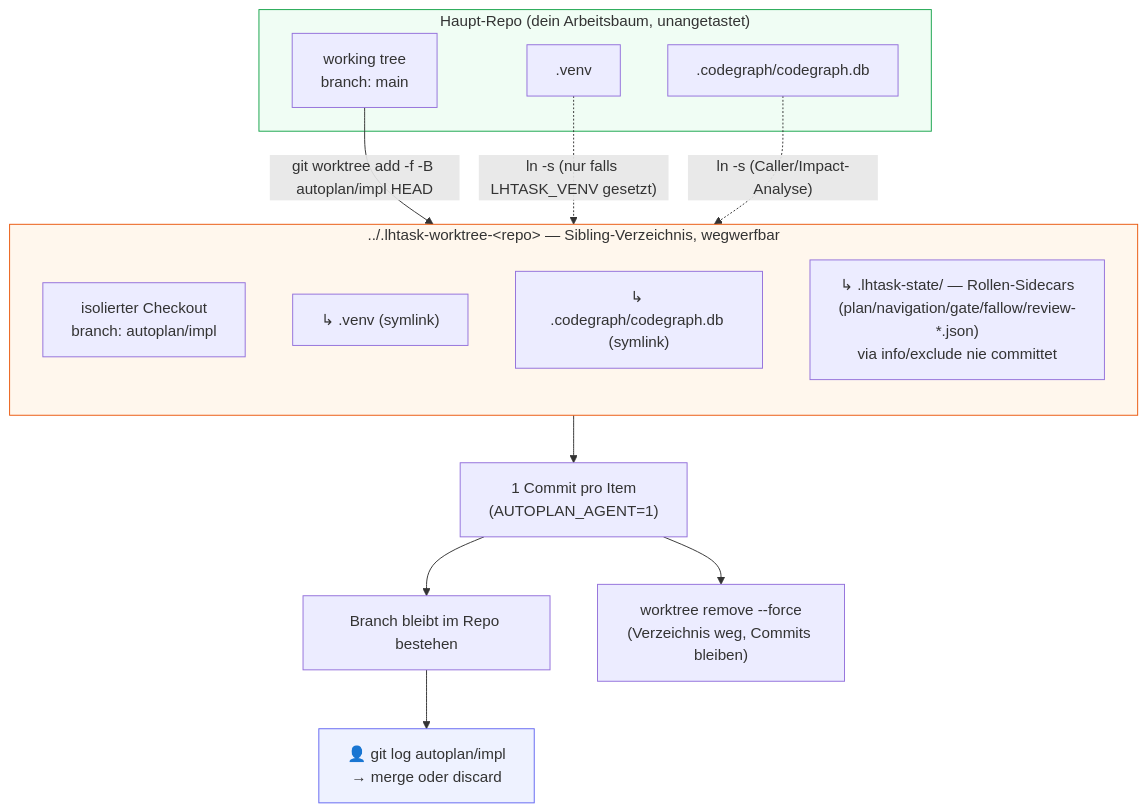
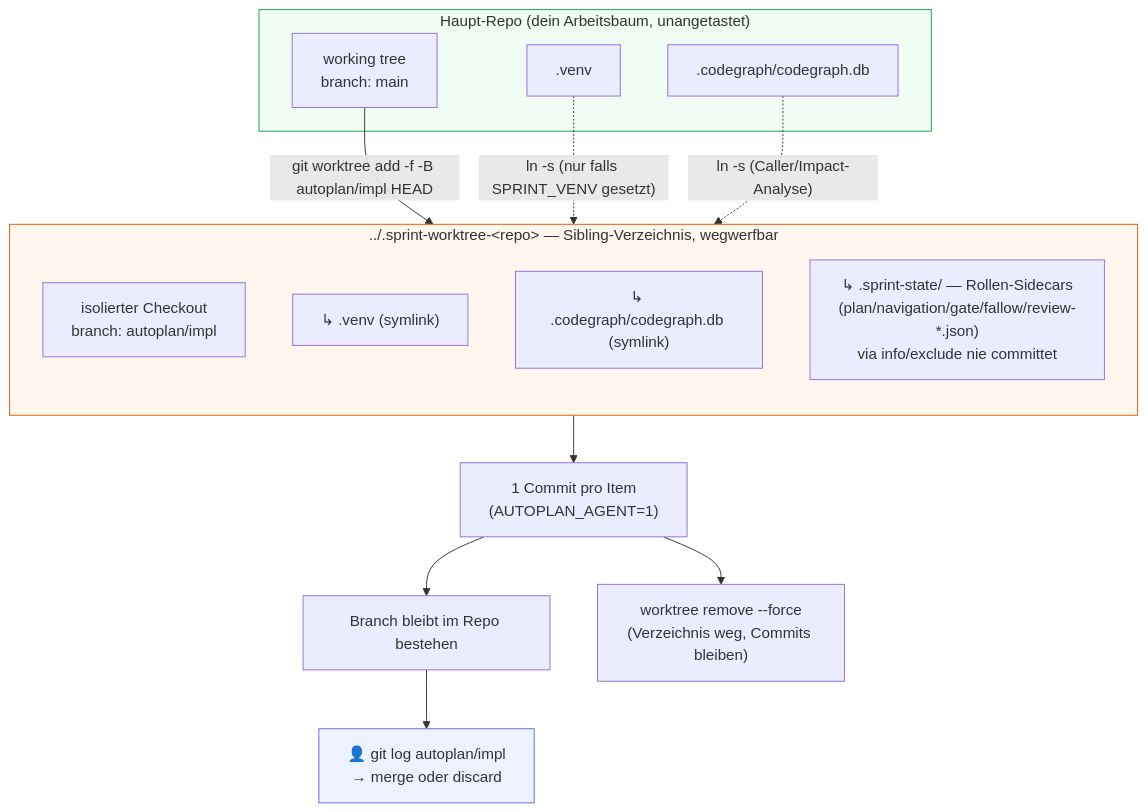
Before and after one commit to leonhoffmann86/team-sprint: the sixth of 12 diagrams in ARCHITECTURE.md, drawn with Mermaid. The commit also changed other lines of this file and 30 other files, not shown here.

First line of the commit message:
rename: LHTask → Sprint (v1.0.0)

````diff
--- a/ARCHITECTURE.md
+++ b/ARCHITECTURE.md
@@ -329,29 +329,29 @@
 ```mermaid
 flowchart TB
     subgraph MAIN["Haupt-Repo (dein Arbeitsbaum, unangetastet)"]
         WT_MAIN["working tree<br/>branch: main"]
         DB[".codegraph/codegraph.db"]
         VENV[".venv"]
     end
 
-    subgraph WORKTREE["../.lhtask-worktree-&lt;repo&gt; — Sibling-Verzeichnis, wegwerfbar"]
+    subgraph WORKTREE["../.sprint-worktree-&lt;repo&gt; — Sibling-Verzeichnis, wegwerfbar"]
         direction TB
         WT_IMPL["isolierter Checkout<br/>branch: autoplan/impl"]
         LN1["↳ .venv (symlink)"]
         LN2["↳ .codegraph/codegraph.db (symlink)"]
-        ST["↳ .lhtask-state/ — Rollen-Sidecars<br/>(plan/navigation/gate/fallow/review-*.json)<br/>via info/exclude nie committet"]
+        ST["↳ .sprint-state/ — Rollen-Sidecars<br/>(plan/navigation/gate/fallow/review-*.json)<br/>via info/exclude nie committet"]
     end
 
     WT_MAIN -- "git worktree add -f -B autoplan/impl HEAD" --> WT_IMPL
-    VENV -. "ln -s (nur falls LHTASK_VENV gesetzt)" .-> LN1
+    VENV -. "ln -s (nur falls SPRINT_VENV gesetzt)" .-> LN1
     DB -. "ln -s (Caller/Impact-Analyse)" .-> LN2
 
     WT_IMPL --> COMMITS["1 Commit pro Item<br/>(AUTOPLAN_AGENT=1)"]
     COMMITS --> KEEP["Branch bleibt im Repo bestehen"]
     COMMITS --> DROP["worktree remove --force<br/>(Verzeichnis weg, Commits bleiben)"]
     KEEP --> HUMAN["👤 git log autoplan/impl<br/>→ merge oder discard"]
 
     style MAIN fill:#f0fdf4,stroke:#16a34a
     style WORKTREE fill:#fff7ed,stroke:#ea580c
     style HUMAN fill:#eef2ff,stroke:#6366f1
 ```
````
